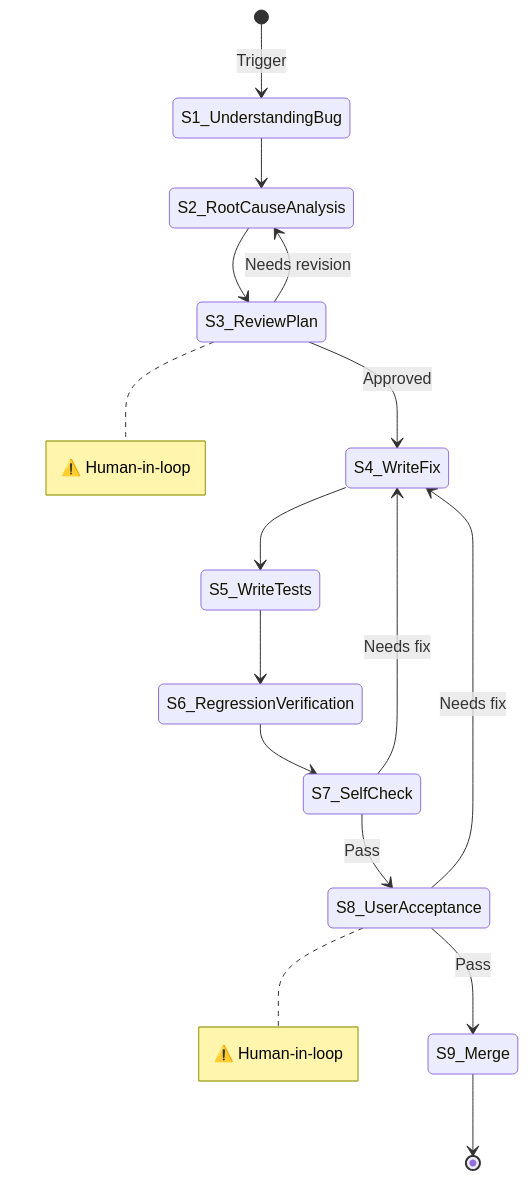
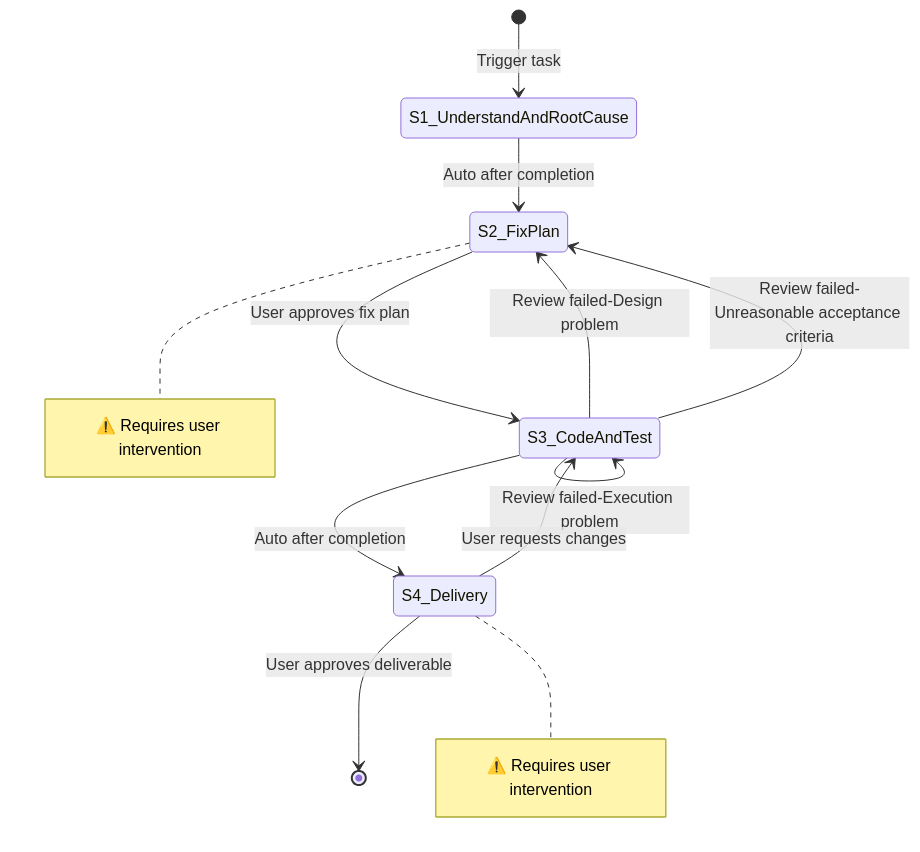
The diagram in docs/template/bug-fix/flow.md (hank-cp/opencode-vibe-pm), drawn with Mermaid before and after one commit. The commit also changed other lines of this file and 18 other files, not shown here.

````diff
--- a/docs/template/bug-fix/flow.md
+++ b/docs/template/bug-fix/flow.md
@@ -37,19 +40,20 @@
 ```mermaid
 stateDiagram-v2
-    [*] --> S1_UnderstandingBug: Trigger
-    S1_UnderstandingBug --> S2_RootCauseAnalysis
-    S2_RootCauseAnalysis --> S3_ReviewPlan
-    S3_ReviewPlan --> S2_RootCauseAnalysis: Needs revision
-    S3_ReviewPlan --> S4_WriteFix: Approved
-    S4_WriteFix --> S5_WriteTests
-    S5_WriteTests --> S6_RegressionVerification
-    S6_RegressionVerification --> S7_SelfCheck
-    S7_SelfCheck --> S8_UserAcceptance: Pass
-    S7_SelfCheck --> S4_WriteFix: Needs fix
-    S8_UserAcceptance --> S9_Merge: Pass
-    S8_UserAcceptance --> S4_WriteFix: Needs fix
-    S9_Merge --> [*]
+    [*] --> S1_UnderstandAndRootCause: Trigger task
+    S1_UnderstandAndRootCause --> S2_FixPlan: Auto after completion
+    S2_FixPlan --> S3_CodeAndTest: User approves fix plan
+    S3_CodeAndTest --> S4_Delivery: Auto after completion
+    S3_CodeAndTest --> S3_CodeAndTest: Review failed-Execution problem
+    S3_CodeAndTest --> S2_FixPlan: Review failed-Design problem
+    S3_CodeAndTest --> S2_FixPlan: Review failed-Unreasonable acceptance criteria
+    S4_Delivery --> S3_CodeAndTest: User requests changes
+    S4_Delivery --> [*]: User approves deliverable
 
-    note right of S3_ReviewPlan: ⚠️ Human-in-loop
-    note right of S8_UserAcceptance: ⚠️ Human-in-loop
+    note right of S2_FixPlan
+        ⚠️ Requires user intervention
+    end note
+
+    note right of S4_Delivery
+        ⚠️ Requires user intervention
+    end note
 ```
````
